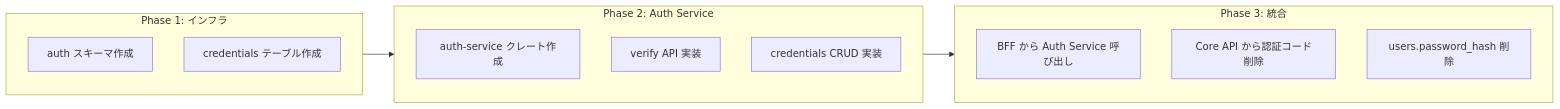
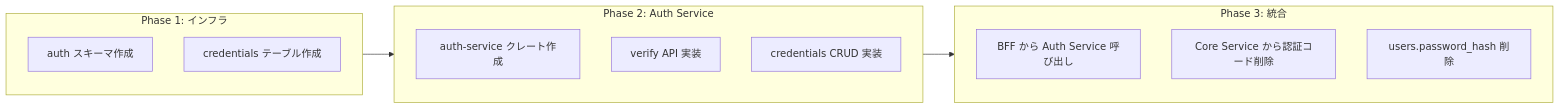
One commit to ka2kama/ringiflow changed the fifth of 6 diagrams in docs/03_詳細設計書/08_AuthService設計.md. Above: the diagram before and after it, drawn with Mermaid. The commit also changed other lines of this file and 55 other files, not shown here.

````diff
--- a/docs/03_詳細設計書/08_AuthService設計.md
+++ b/docs/03_詳細設計書/08_AuthService設計.md
@@ -403,21 +405,21 @@
 ```mermaid
 flowchart LR
     subgraph Phase1["Phase 1: インフラ"]
         A1["auth スキーマ作成"]
         A2["credentials テーブル作成"]
     end
 
     subgraph Phase2["Phase 2: Auth Service"]
         B1["auth-service クレート作成"]
         B2["verify API 実装"]
         B3["credentials CRUD 実装"]
     end
 
     subgraph Phase3["Phase 3: 統合"]
         C1["BFF から Auth Service 呼び出し"]
-        C2["Core API から認証コード削除"]
+        C2["Core Service から認証コード削除"]
         C3["users.password_hash 削除"]
     end
 
     Phase1 --> Phase2 --> Phase3
 ```
````
